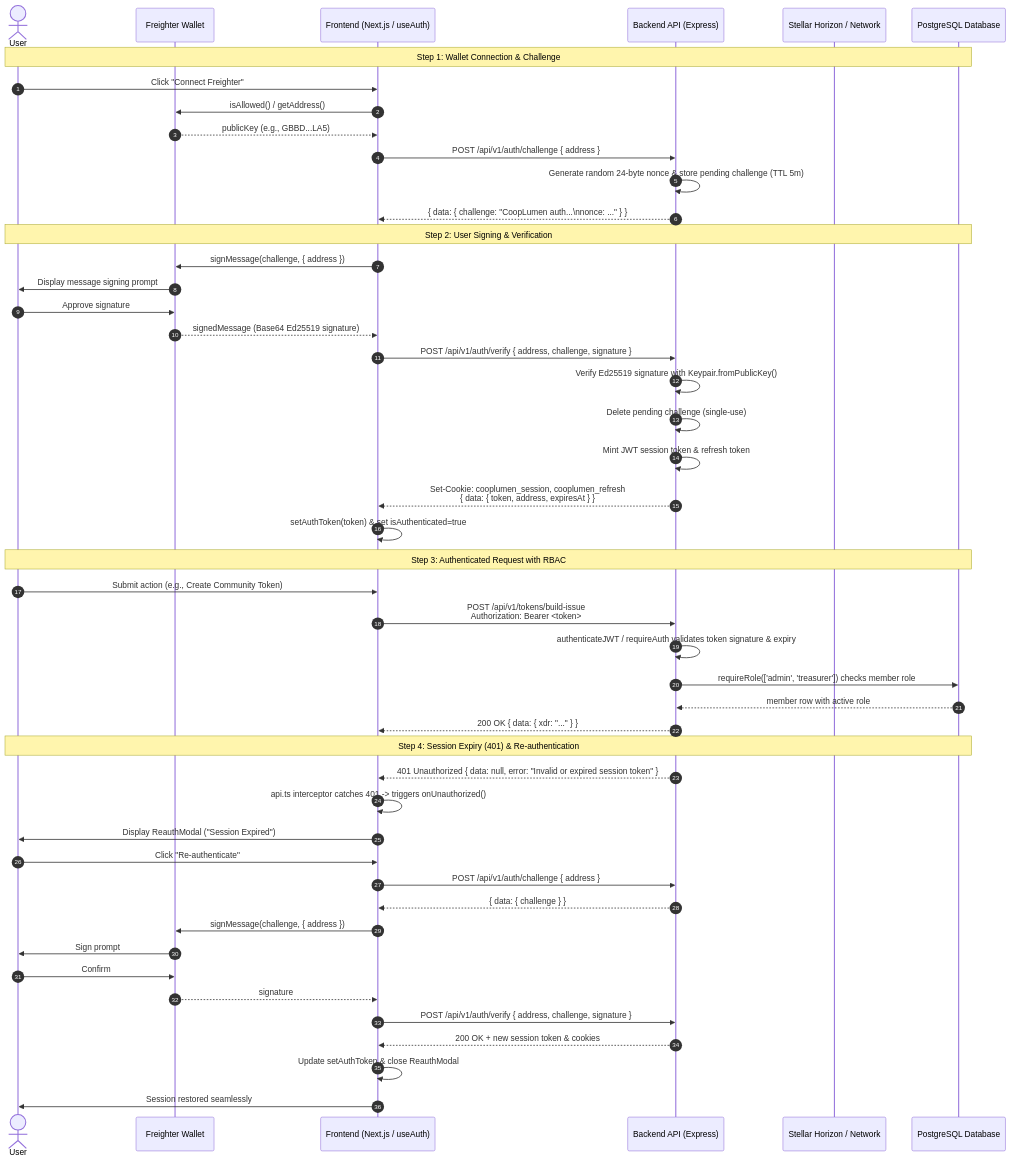
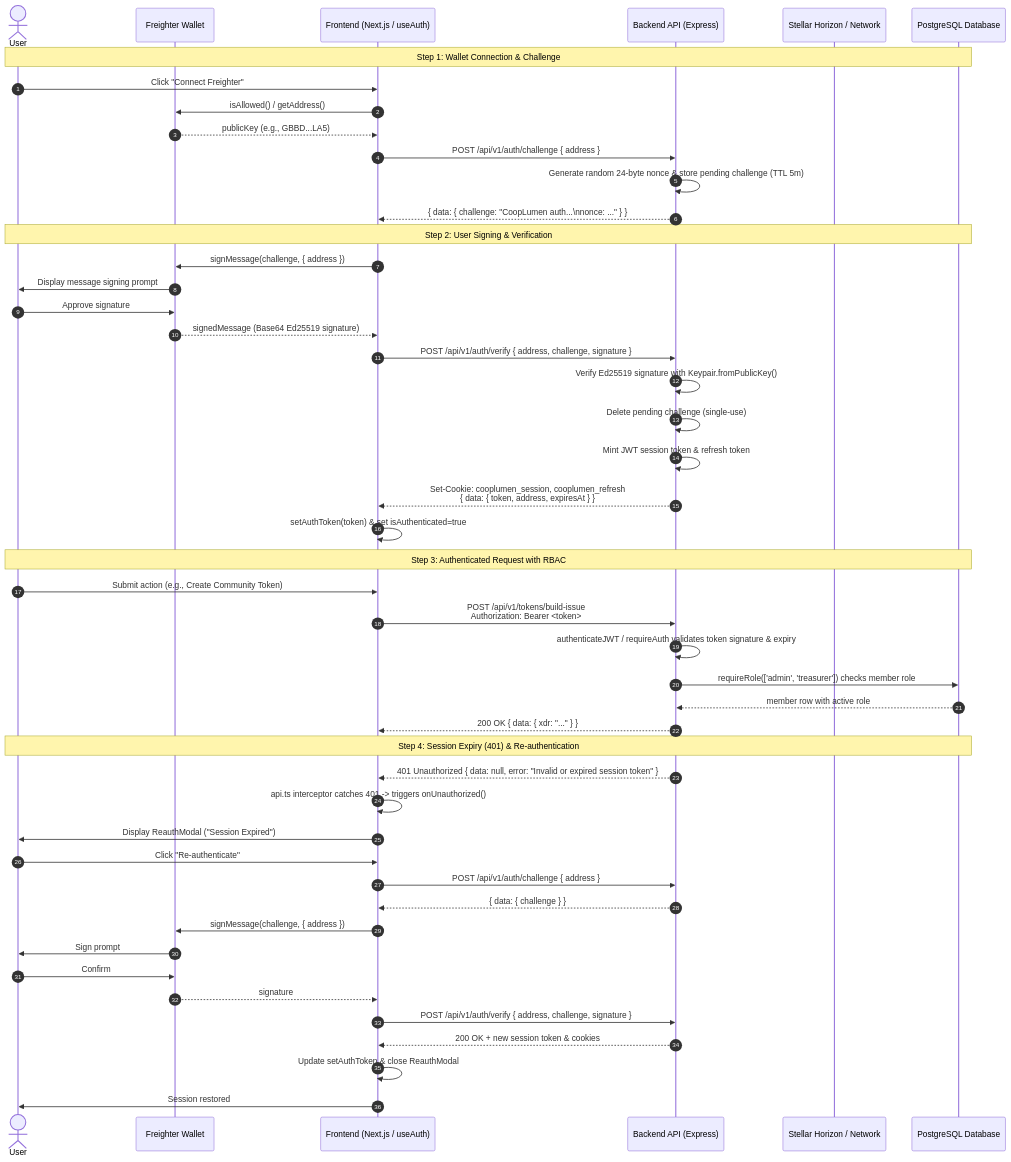
The first of 2 diagrams in docs/auth-flow.md (BigNathan1/CoopLumen), drawn with Mermaid before and after one commit. The commit also changed 2 other files, not shown here.

Commit message:
docs: plain wording in the multisig guide, auth flow and PRD
Drops the multisig guide's bold marketing tagline and two filler words.

````diff
--- a/docs/auth-flow.md
+++ b/docs/auth-flow.md
@@ -83,54 +83,54 @@
 ```mermaid
 sequenceDiagram
     autonumber
     actor User
     participant Freighter as Freighter Wallet
     participant Frontend as Frontend (Next.js / useAuth)
     participant API as Backend API (Express)
     participant Horizon as Stellar Horizon / Network
     participant DB as PostgreSQL Database
 
     Note over User, DB: Step 1: Wallet Connection & Challenge
     User->>Frontend: Click "Connect Freighter"
     Frontend->>Freighter: isAllowed() / getAddress()
     Freighter-->>Frontend: publicKey (e.g., GBBD...LA5)
     Frontend->>API: POST /api/v1/auth/challenge { address }
     API->>API: Generate random 24-byte nonce & store pending challenge (TTL 5m)
     API-->>Frontend: { data: { challenge: "CoopLumen auth...\nnonce: ..." } }
 
     Note over User, DB: Step 2: User Signing & Verification
     Frontend->>Freighter: signMessage(challenge, { address })
     Freighter->>User: Display message signing prompt
     User->>Freighter: Approve signature
     Freighter-->>Frontend: signedMessage (Base64 Ed25519 signature)
     Frontend->>API: POST /api/v1/auth/verify { address, challenge, signature }
     API->>API: Verify Ed25519 signature with Keypair.fromPublicKey()
     API->>API: Delete pending challenge (single-use)
     API->>API: Mint JWT session token & refresh token
     API-->>Frontend: Set-Cookie: cooplumen_session, cooplumen_refresh<br/>{ data: { token, address, expiresAt } }
     Frontend->>Frontend: setAuthToken(token) & set isAuthenticated=true
 
     Note over User, DB: Step 3: Authenticated Request with RBAC
     User->>Frontend: Submit action (e.g., Create Community Token)
     Frontend->>API: POST /api/v1/tokens/build-issue<br/>Authorization: Bearer <token>
     API->>API: authenticateJWT / requireAuth validates token signature & expiry
     API->>DB: requireRole(['admin', 'treasurer']) checks member role
     DB-->>API: member row with active role
     API-->>Frontend: 200 OK { data: { xdr: "..." } }
 
     Note over User, DB: Step 4: Session Expiry (401) & Re-authentication
     API-->>Frontend: 401 Unauthorized { data: null, error: "Invalid or expired session token" }
     Frontend->>Frontend: api.ts interceptor catches 401 -> triggers onUnauthorized()
     Frontend->>User: Display ReauthModal ("Session Expired")
     User->>Frontend: Click "Re-authenticate"
     Frontend->>API: POST /api/v1/auth/challenge { address }
     API-->>Frontend: { data: { challenge } }
     Frontend->>Freighter: signMessage(challenge, { address })
     Freighter->>User: Sign prompt
     User->>Freighter: Confirm
     Freighter-->>Frontend: signature
     Frontend->>API: POST /api/v1/auth/verify { address, challenge, signature }
     API-->>Frontend: 200 OK + new session token & cookies
     Frontend->>Frontend: Update setAuthToken & close ReauthModal
-    Frontend->>User: Session restored seamlessly
+    Frontend->>User: Session restored
 ```
````
